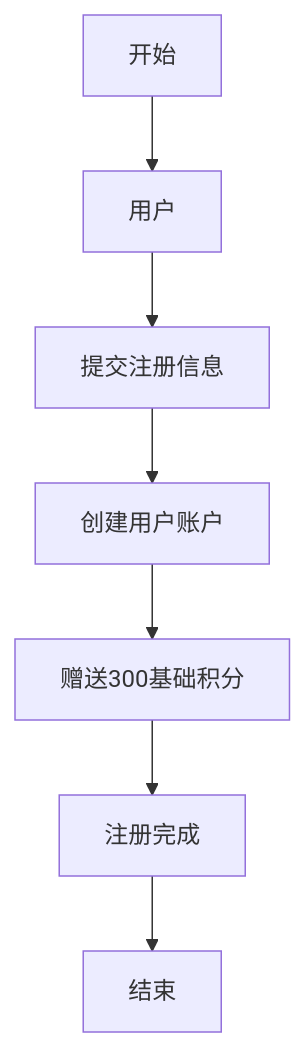
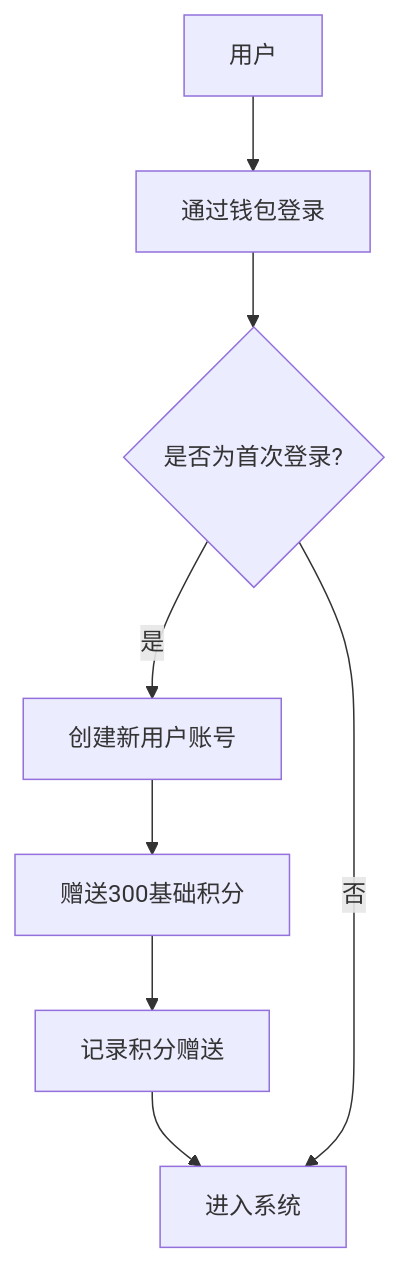
One commit to yingjianzh/iodraw-files changed the diagram in all/未命名-65.md. Above: the diagram before and after it, drawn with Mermaid.

Commit message:
2025-05-22 14:04:10 update

````diff
--- a/all/未命名-65.md
+++ b/all/未命名-65.md
@@ -1,9 +1,10 @@
 ```mermaid
 flowchart TD
-    A[开始] --> B[用户]
-    B --> C[提交注册信息]
-    C --> D[创建用户账户]
+    A[用户] --> B[通过钱包登录]
+    B --> C{是否为首次登录?}
+    C -->|是| D[创建新用户账号]
     D --> E[赠送300基础积分]
-    E --> F[注册完成]
-    F --> G[结束]
+    E --> F[记录积分赠送]
+    F --> G[进入系统]
+    C -->|否| G[进入系统]
 ```
````
